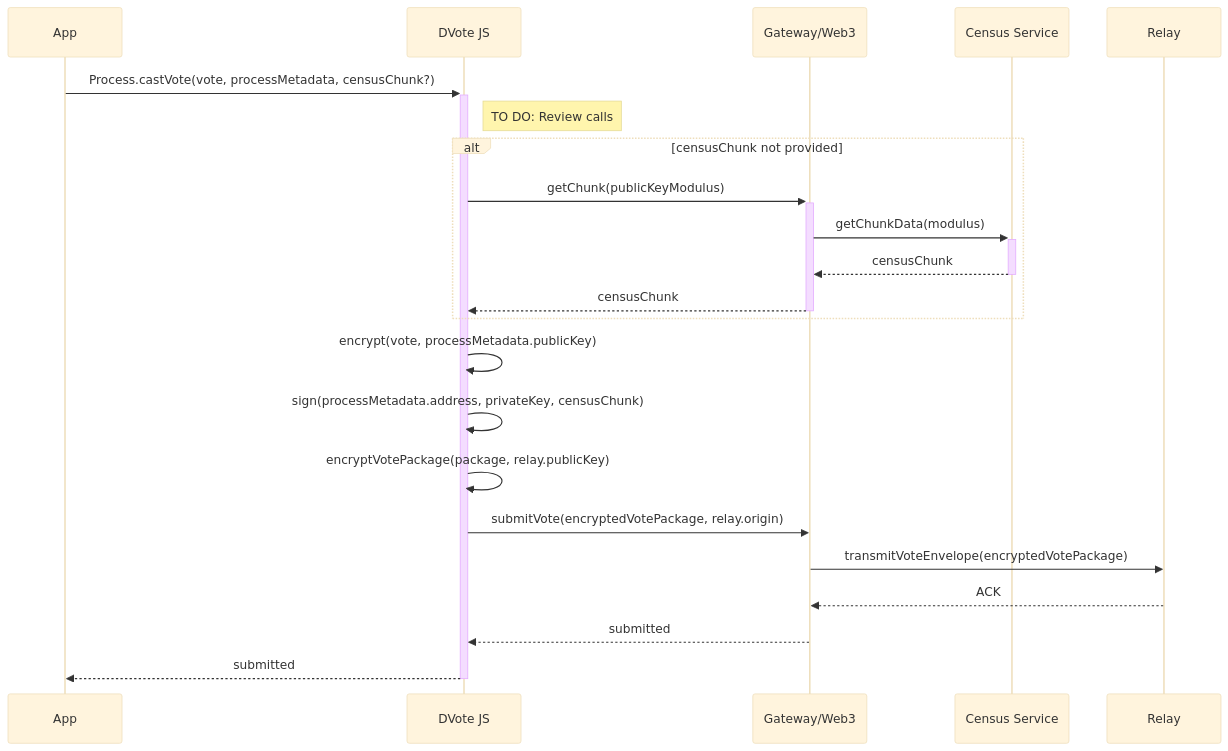
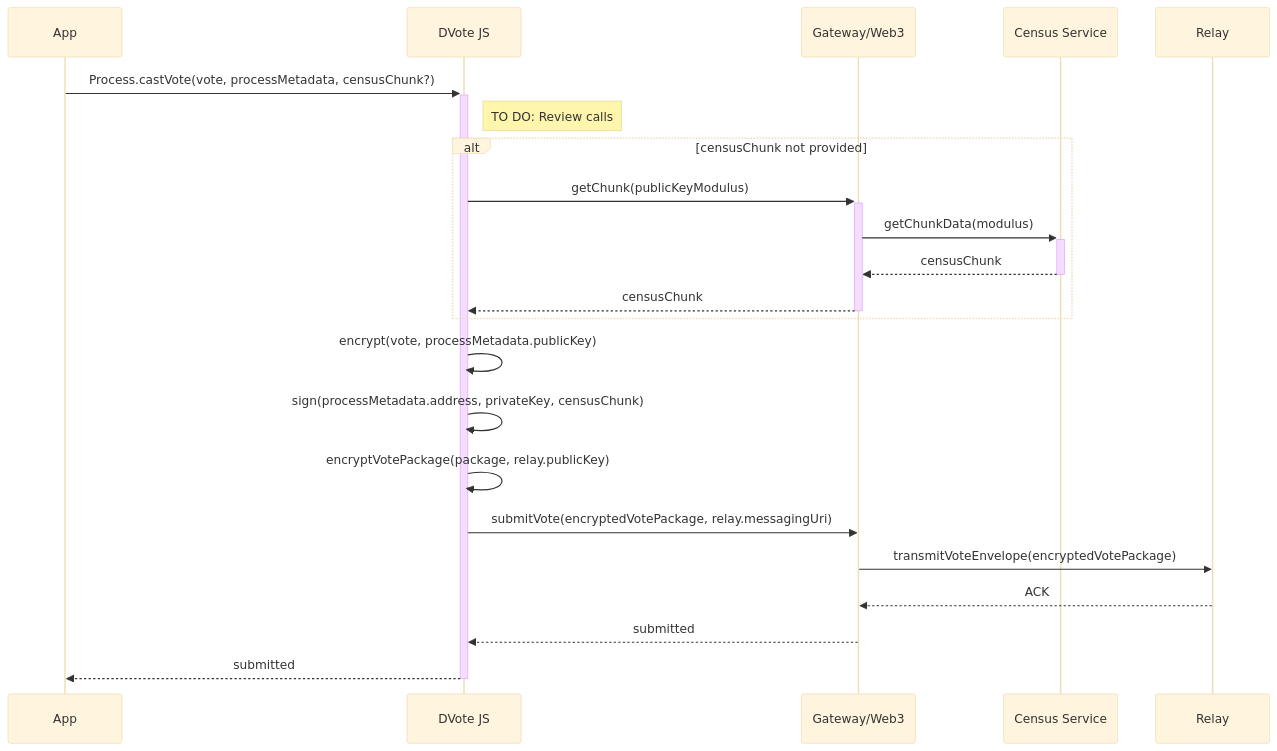
Before and after one commit to vocdoni/docs: the ninth of 13 diagrams in docs/protocol/sequence-diagrams.md, drawn with Mermaid (base theme). The commit also changed other lines of this file and 2 other files, not shown here.

````diff
--- a/docs/protocol/sequence-diagrams.md
+++ b/docs/protocol/sequence-diagrams.md
@@ -409,39 +409,39 @@
 ```mermaid
 sequenceDiagram
 
     participant App
     participant DV as DVote JS
     participant GW as Gateway/Web3
     participant CS as Census Service
     participant RL as Relay
 
     App->>+DV: Process.castVote(vote, processMetadata, censusChunk?)
 
         Note right of DV: TO DO: Review calls
 
         alt censusChunk not provided
 
             DV->>+GW: getChunk(publicKeyModulus)
 
             GW->>+CS: getChunkData(modulus)
             CS-->>-GW: censusChunk
 
             GW-->>-DV: censusChunk
 
         end
 
         DV->>DV: encrypt(vote, processMetadata.publicKey)
 
         DV->>DV: sign(processMetadata.address, privateKey, censusChunk)
 
         DV->>DV: encryptVotePackage(package, relay.publicKey)
 
-        DV->>GW: submitVote(encryptedVotePackage, relay.origin)
+        DV->>GW: submitVote(encryptedVotePackage, relay.messagingUri)
 
             GW->>RL: transmitVoteEnvelope(encryptedVotePackage)
             RL-->>GW: ACK
 
         GW-->>DV: submitted
 
     DV-->>-App: submitted
 ```
````
